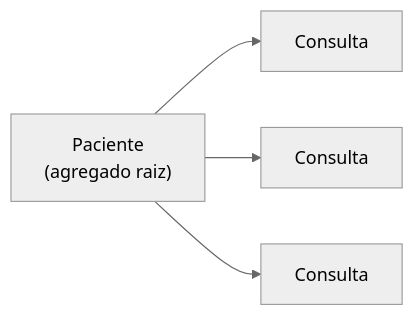
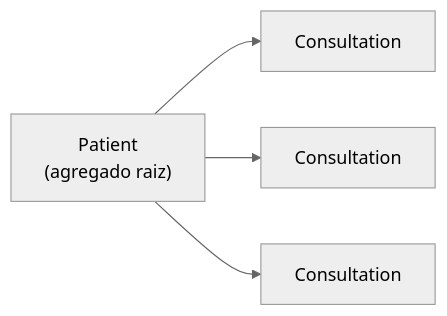
One commit to burn-c/arquitetura-de-software-fase-2 changed the fourth of 5 diagrams in docs/Estratégia e Inovação/Arquitetura de Software/4 - Entidades e Objetos de Valor/1 - Entidades.md. Above: the diagram before and after it, drawn with Mermaid (neutral theme). The commit also changed other lines of this file and 6 other files, not shown here.

````diff
--- a/docs/Estratégia e Inovação/Arquitetura de Software/4 - Entidades e Objetos de Valor/1 - Entidades.md
+++ b/docs/Estratégia e Inovação/Arquitetura de Software/4 - Entidades e Objetos de Valor/1 - Entidades.md
@@ -115,11 +115,11 @@
 ```mermaid
 flowchart LR
-    P["Paciente<br/>(agregado raiz)"]
-    C1["Consulta"]
-    C2["Consulta"]
-    C3["Consulta"]
+    P["Patient<br/>(agregado raiz)"]
+    C1["Consultation"]
+    C2["Consultation"]
+    C3["Consultation"]
 
     P --> C1
     P --> C2
     P --> C3
 ```
````
